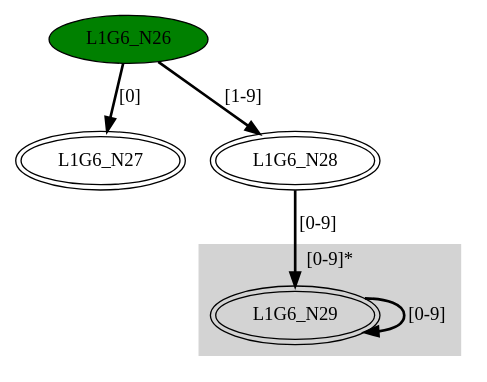
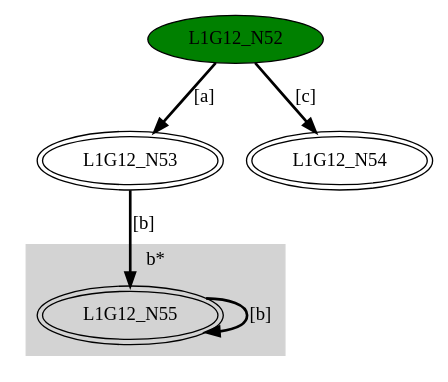
One commit to GDimitroulakos/EDUFLEX changed the diagram in DFASimulator/Testbench/mergeDFA1.dot. Above: the diagram before and after it, drawn with Graphviz. The commit also changed 216 other files, not shown here.

```diff
--- a/DFASimulator/Testbench/mergeDFA1.dot
+++ b/DFASimulator/Testbench/mergeDFA1.dot
@@ -1,16 +1,16 @@
-digraph G6{
+digraph G12{
 	subgraph cluster0 {
 		node [style=filled];
 		style=filled;
 		color=lightgrey;
-		label ="[0-9]*";
-		L1G6_N29;
-	}"L1G6_N26" [style=filled,fillcolor=green];
-"L1G6_N27" [peripheries=2];
-"L1G6_N28" [peripheries=2];
-"L1G6_N29" [peripheries=2];
-"L1G6_N26"->"L1G6_N27" [style = bold, label = "[0]"];
-"L1G6_N26"->"L1G6_N28" [style = bold, label = "[1-9]"];
-"L1G6_N28"->"L1G6_N29" [style = bold, label = "[0-9]"];
-"L1G6_N29"->"L1G6_N29" [style = bold, label = "[0-9]"];
+		label ="b*";
+		L1G12_N55;
+	}"L1G12_N52" [style=filled,fillcolor=green];
+"L1G12_N53" [peripheries=2];
+"L1G12_N54" [peripheries=2];
+"L1G12_N55" [peripheries=2];
+"L1G12_N52"->"L1G12_N53" [style = bold, label = "[a]"];
+"L1G12_N52"->"L1G12_N54" [style = bold, label = "[c]"];
+"L1G12_N53"->"L1G12_N55" [style = bold, label = "[b]"];
+"L1G12_N55"->"L1G12_N55" [style = bold, label = "[b]"];
 }
```
